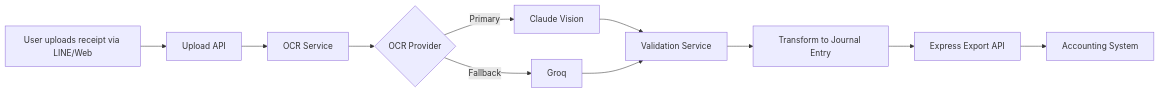
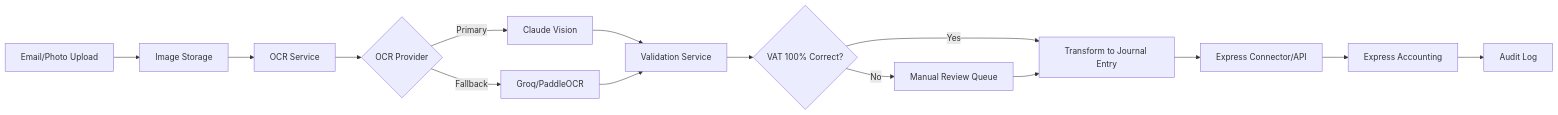
Before and after one commit to Waytid-way/claude-autoacct-cookbook: the diagram in docs/autoacct-context.md, drawn with Mermaid. The commit also changed other lines of this file, not shown here.

````diff
--- a/docs/autoacct-context.md
+++ b/docs/autoacct-context.md
@@ -131,13 +186,17 @@
 ```mermaid
 graph LR
-    A[User uploads receipt via LINE/Web] --> B[Upload API]
+    A[Email/Photo Upload] --> B[Image Storage]
     B --> C[OCR Service]
     C --> D{OCR Provider}
     D -->|Primary| E[Claude Vision]
-    D -->|Fallback| F[Groq]
+    D -->|Fallback| F[Groq/PaddleOCR]
     E --> G[Validation Service]
     F --> G
-    G --> H[Transform to Journal Entry]
-    H --> I[Express Export API]
-    I --> J[Accounting System]
+    G --> H{VAT 100% Correct?}
+    H -->|Yes| I[Transform to Journal Entry]
+    H -->|No| J[Manual Review Queue]
+    J --> I
+    I --> K[Express Connector/API]
+    K --> L[Express Accounting]
+    L --> M[Audit Log]
 ```
````
